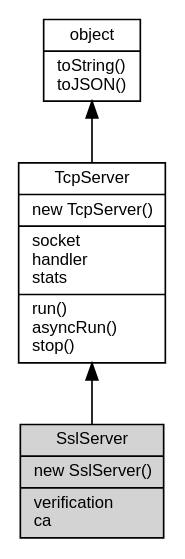
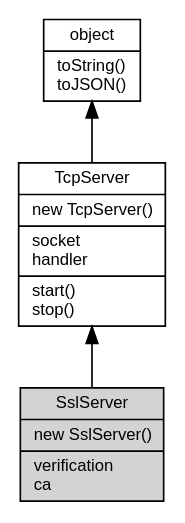
Before and after one commit to fibjs/fibjs.org: the diagram in docs/manual/object/ifs/SslServer.md, drawn with Graphviz. The commit also changed other lines of this file and 229 other files, not shown here.

````diff
--- a/docs/manual/object/ifs/SslServer.md
+++ b/docs/manual/object/ifs/SslServer.md
@@ -22,12 +22,12 @@
 ```dot
 digraph {
     node [fontname="Helvetica,sans-Serif", fontsize=10, shape="record", style="filled", fillcolor="white"];
 
     object [tooltip="object", URL="object.md", label="{object|toString()\ltoJSON()\l}"];
-    TcpServer [tooltip="TcpServer", URL="TcpServer.md", label="{TcpServer|new TcpServer()\l|socket\lhandler\lstats\l|run()\lasyncRun()\lstop()\l}"];
+    TcpServer [tooltip="TcpServer", URL="TcpServer.md", label="{TcpServer|new TcpServer()\l|socket\lhandler\l|start()\lstop()\l}"];
     SslServer [tooltip="SslServer", fillcolor="lightgray", id="me", label="{SslServer|new SslServer()\l|verification\lca\l}"];
 
     object -> TcpServer [dir=back];
     TcpServer -> SslServer [dir=back];
 }
 ```
````
